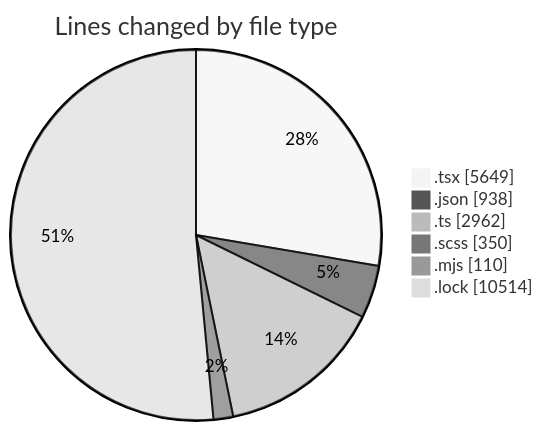
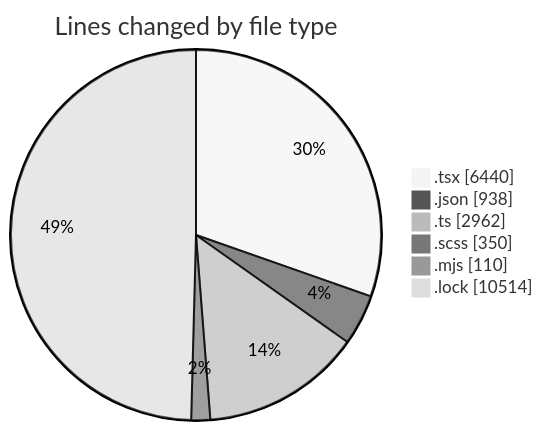
Before and after one commit to momahboobian/code-tracking: the first of 2 diagrams in 2026-05-12/cda/README.md, drawn with Mermaid (neutral theme). The commit also changed other lines of this file and 1 other file, not shown here.

````diff
--- a/2026-05-12/cda/README.md
+++ b/2026-05-12/cda/README.md
@@ -43,10 +51,10 @@
 ```mermaid
 pie showData
 title Lines changed by file type
-".tsx" : 5649
+".tsx" : 6440
 ".json" : 938
 ".ts" : 2962
 ".scss" : 350
 ".mjs" : 110
 ".lock" : 10514
 ```
````
